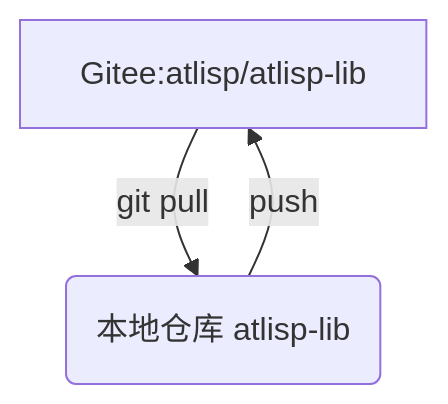
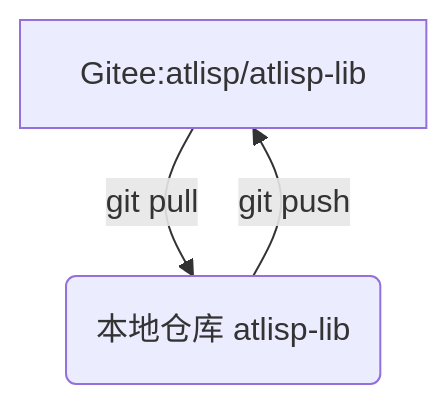
The second of 2 diagrams in README.md (atlisp-org/atlisp-lib), drawn with Mermaid before and after one commit. The commit also changed other lines of this file, not shown here.

Commit message:
git no fork

````diff
--- a/README.md
+++ b/README.md
@@ -15,5 +18,5 @@
 ```mermaid
 graph TD;
 A[Gitee:atlisp/atlisp-lib]--> | git pull | C(本地仓库 atlisp-lib);
-C-->|push|A;
+C-->|git push|A;
 ```
````
